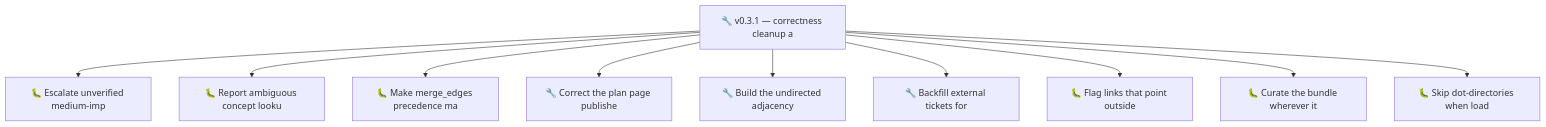
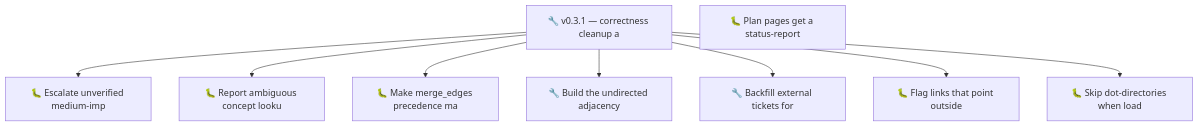
Before and after one commit to SpillwaveSolutions/okf-plugin: the second of 2 diagrams in docs/roadmap.md, drawn with Mermaid. The commit also changed other lines of this file and 17 other files, not shown here.

````diff
--- a/docs/roadmap.md
+++ b/docs/roadmap.md
@@ -94,22 +94,19 @@
 ```mermaid
 graph TD
     01KZ2CAAT56M9V49211G7NVBYV["🐛 Escalate unverified medium-imp"]
     01KZ2CAAT5C7PGNP8QDXGJJB9E["🐛 Report ambiguous concept looku"]
     01KZ2CAAT5G2ND3RAF4TAXR5B9["🔧 v0.3.1 — correctness cleanup a"]
     01KZ2CAAT5JS108XWJ4T00B3V1["🐛 Make merge_edges precedence ma"]
-    01KZ2CAAT61CM8G0N25MPDEHRQ["🔧 Correct the plan page publishe"]
     01KZ2CAAT64CERBRZMR7AJZ5XW["🔧 Build the undirected adjacency"]
     01KZ2CAAT66ZFTBX9NQ7Z0AKKX["🔧 Backfill external tickets for"]
     01KZ2CAAT6XQ5WCT70AS6QQNTY["🐛 Flag links that point outside"]
-    01KZ2CAAT6YNARXMA7HMNM1AZ1["🐛 Curate the bundle wherever it"]
     01KZ2CAAT6Z9Q09MMFFWD7XH1R["🐛 Skip dot-directories when load"]
+    01KZ2CYK20RWGPSEE6VGZ3NHBP["🐛 Plan pages get a status-report"]
     01KZ2CAAT5G2ND3RAF4TAXR5B9 --> 01KZ2CAAT56M9V49211G7NVBYV
     01KZ2CAAT5G2ND3RAF4TAXR5B9 --> 01KZ2CAAT5C7PGNP8QDXGJJB9E
     01KZ2CAAT5G2ND3RAF4TAXR5B9 --> 01KZ2CAAT5JS108XWJ4T00B3V1
-    01KZ2CAAT5G2ND3RAF4TAXR5B9 --> 01KZ2CAAT61CM8G0N25MPDEHRQ
     01KZ2CAAT5G2ND3RAF4TAXR5B9 --> 01KZ2CAAT64CERBRZMR7AJZ5XW
     01KZ2CAAT5G2ND3RAF4TAXR5B9 --> 01KZ2CAAT66ZFTBX9NQ7Z0AKKX
     01KZ2CAAT5G2ND3RAF4TAXR5B9 --> 01KZ2CAAT6XQ5WCT70AS6QQNTY
-    01KZ2CAAT5G2ND3RAF4TAXR5B9 --> 01KZ2CAAT6YNARXMA7HMNM1AZ1
     01KZ2CAAT5G2ND3RAF4TAXR5B9 --> 01KZ2CAAT6Z9Q09MMFFWD7XH1R
 ```
````
